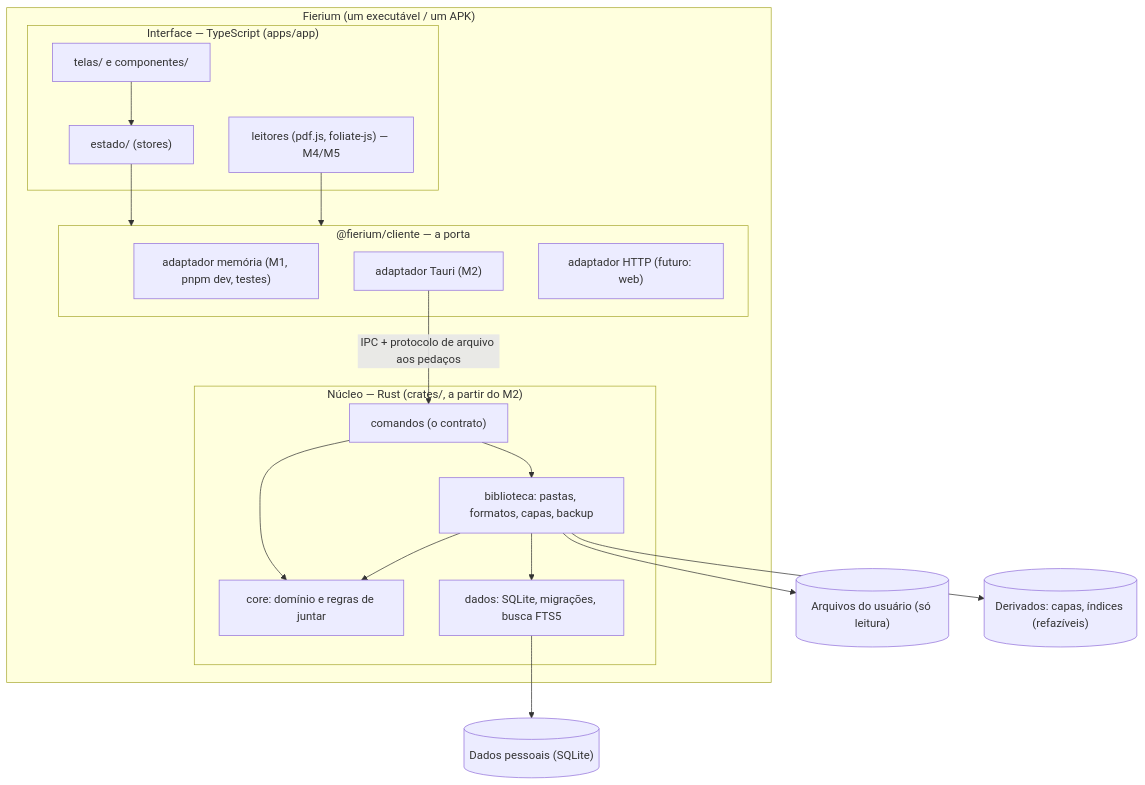
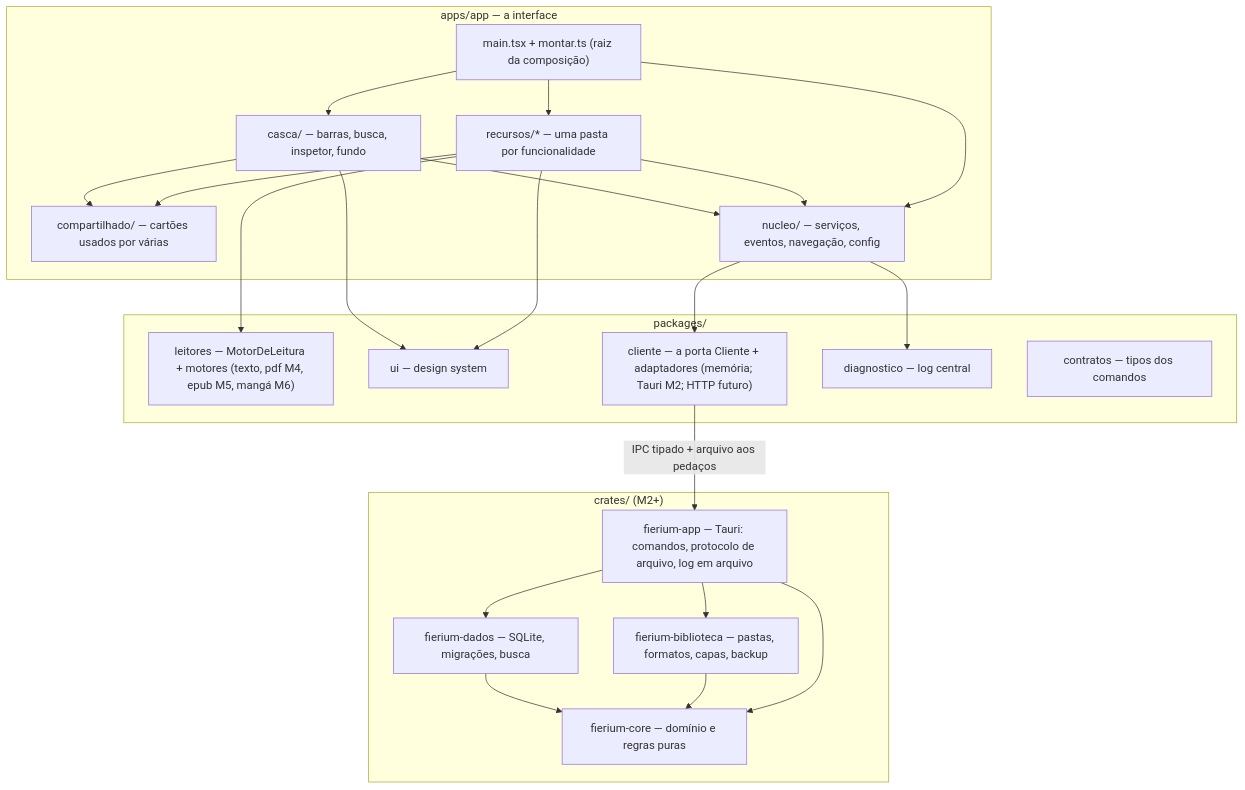
Before and after one commit to Marcelao98/Fierium: the first of 2 diagrams in docs/ARQUITETURA.md, drawn with Mermaid. The commit also changed other lines of this file and 114 other files, not shown here.

````diff
--- a/docs/ARQUITETURA.md
+++ b/docs/ARQUITETURA.md
@@ -13,34 +16,31 @@
 ```mermaid
 flowchart TB
-  subgraph APP["Fierium (um executável / um APK)"]
-    subgraph WEB["Interface — TypeScript (apps/app)"]
-      TELAS["telas/ e componentes/"]
-      EST["estado/ (stores)"]
-      LEIT["leitores (pdf.js, foliate-js) — M4/M5"]
-    end
-    subgraph PORTA["@fierium/cliente — a porta"]
-      MEM["adaptador memória (M1, pnpm dev, testes)"]
-      TAU["adaptador Tauri (M2)"]
-      HTTP["adaptador HTTP (futuro: web)"]
-    end
-    subgraph RUST["Núcleo — Rust (crates/, a partir do M2)"]
-      CMD["comandos (o contrato)"]
-      DOM["core: domínio e regras de juntar"]
-      BIB["biblioteca: pastas, formatos, capas, backup"]
-      DADOS["dados: SQLite, migrações, busca FTS5"]
-    end
+  subgraph APP["apps/app — a interface"]
+    MAIN["main.tsx + montar.ts (raiz da composição)"]
+    CASCA["casca/ — barras, busca, inspetor, fundo"]
+    REC["recursos/* — uma pasta por funcionalidade"]
+    COMP["compartilhado/ — cartões usados por várias"]
+    NUC["nucleo/ — serviços, eventos, navegação, config"]
   end
-  ARQ[("Arquivos do usuário (só leitura)")]
-  BD[("Dados pessoais (SQLite)")]
-  CACHE[("Derivados: capas, índices (refazíveis)")]
-  TELAS --> EST --> PORTA
-  LEIT --> PORTA
-  TAU -- "IPC + protocolo de arquivo aos pedaços" --> CMD
-  CMD --> DOM
-  CMD --> BIB
-  BIB --> DOM
-  BIB --> DADOS
-  DADOS --> BD
-  BIB --> ARQ
-  BIB --> CACHE
+  subgraph PKG["packages/"]
+    LEI["leitores — MotorDeLeitura + motores (texto, pdf M4, epub M5, mangá M6)"]
+    UI["ui — design system"]
+    CLI["cliente — a porta Cliente + adaptadores (memória; Tauri M2; HTTP futuro)"]
+    DIA["diagnostico — log central"]
+    CON["contratos — tipos dos comandos"]
+  end
+  subgraph RUST["crates/ (M2+)"]
+    APPR["fierium-app — Tauri: comandos, protocolo de arquivo, log em arquivo"]
+    BIB["fierium-biblioteca — pastas, formatos, capas, backup"]
+    DADOS["fierium-dados — SQLite, migrações, busca"]
+    CORE["fierium-core — domínio e regras puras"]
+  end
+  MAIN --> REC & CASCA & NUC
+  REC --> NUC & COMP & LEI & UI
+  CASCA --> NUC & COMP & UI
+  NUC --> CLI & DIA
+  CLI -- "IPC tipado + arquivo aos pedaços" --> APPR
+  APPR --> BIB & DADOS & CORE
+  BIB --> CORE
+  DADOS --> CORE
 ```
````
